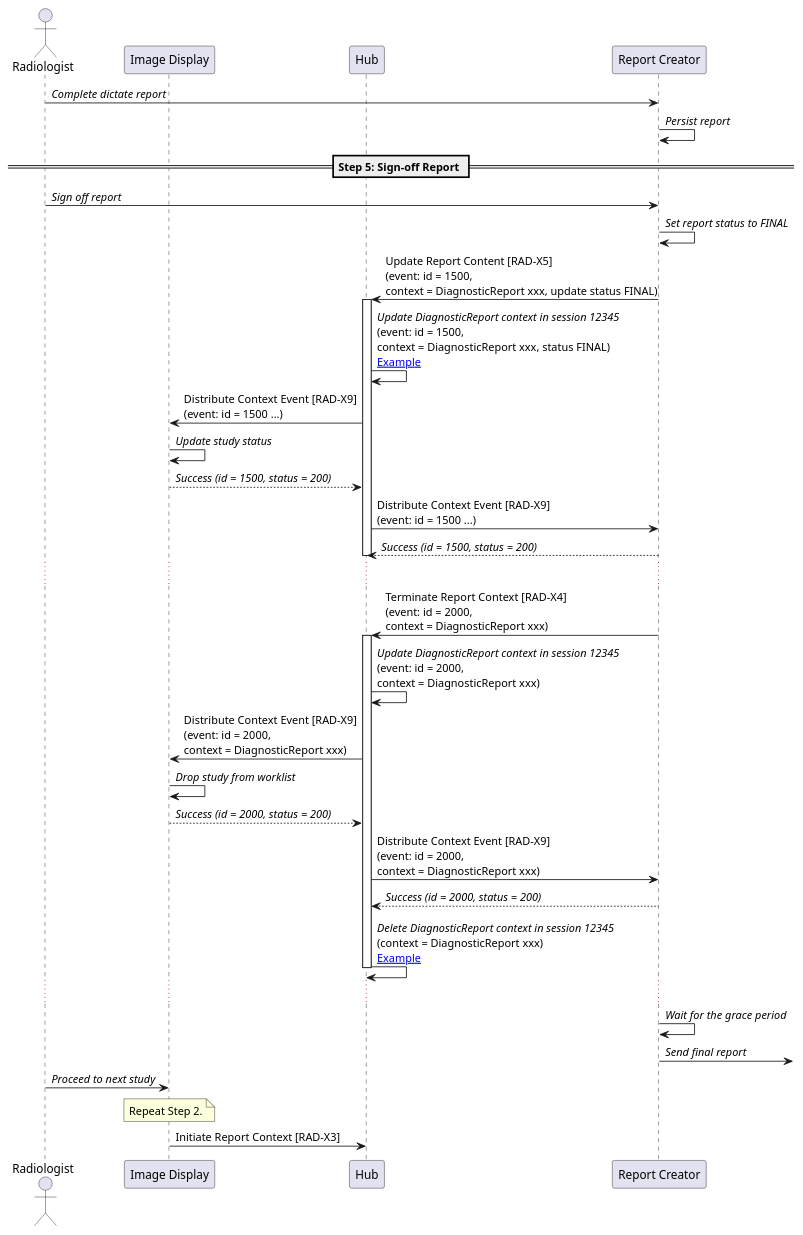
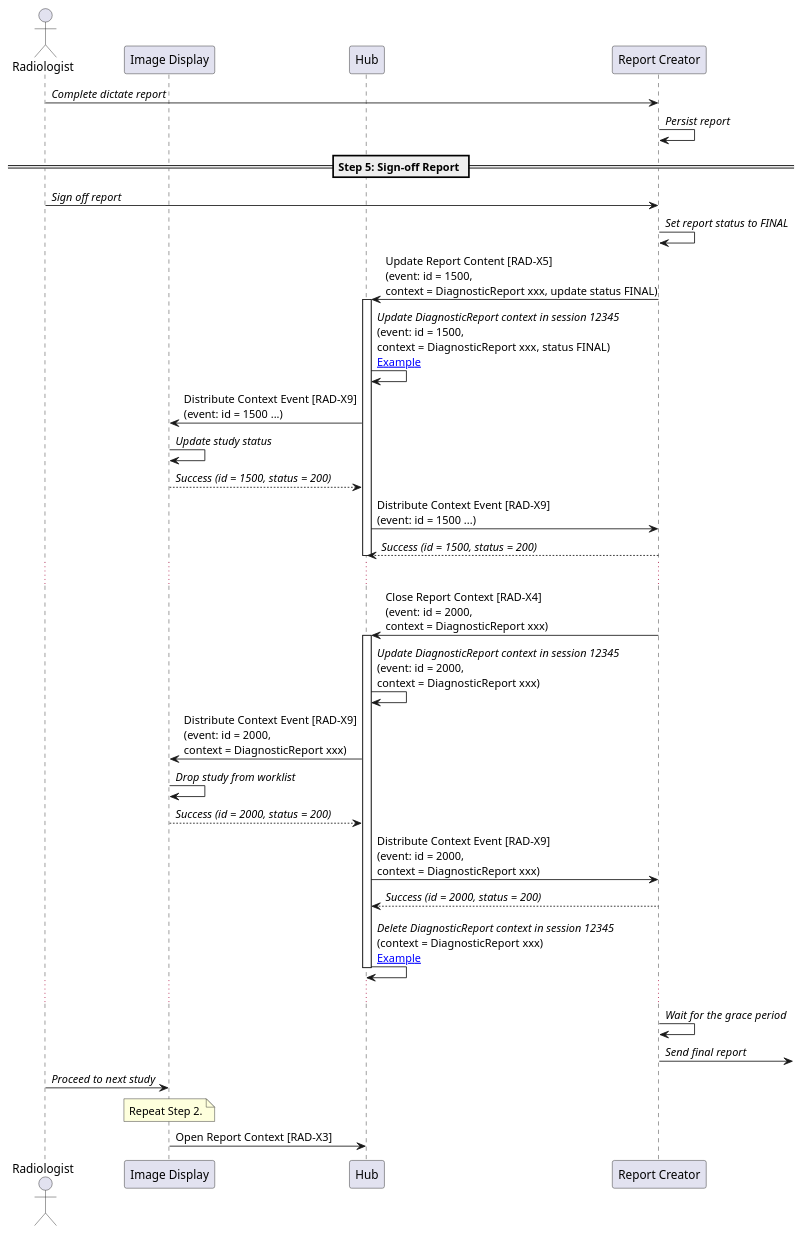
The diagram in input/images-source/step5-signoff-report.plantuml (IHE/RAD.IRA), drawn with PlantUML before and after one commit. The commit also changed 11 other files, not shown here.

Commit message:
Changed X3 and X4 to Open and Close Report Context.

```diff
--- a/input/images-source/step5-signoff-report.plantuml
+++ b/input/images-source/step5-signoff-report.plantuml
@@ -1,55 +1,55 @@
 @startuml
 
 actor Radiologist as User
 participant "Image Display" as PACS
 participant "Hub" as Hub
 participant "Report Creator" as Report
 
 User->Report: //Complete dictate report//
 Report->Report: //Persist report//
 
 == Step 5: Sign-off Report ==
 
 User->Report: //Sign off report//
 Report->Report: //Set report status to FINAL//
 
 Report->Hub: Update Report Content [RAD-X5]\n(event: id = 1500,\ncontext = DiagnosticReport xxx, update status FINAL)
 activate Hub
 
 Hub->Hub: //Update DiagnosticReport context in session 12345//\n(event: id = 1500,\ncontext = DiagnosticReport xxx, status FINAL)\n[[update_report_status.html#available-context-and-content-in-hub Example]]
 
 Hub->PACS: Distribute Context Event [RAD-X9]\n(event: id = 1500 ...)
 PACS->PACS: //Update study status//
 PACS-->Hub: //Success (id = 1500, status = 200)//
 Hub->Report: Distribute Context Event [RAD-X9]\n(event: id = 1500 ...)
 Report-->Hub: //Success (id = 1500, status = 200)//
 deactivate Hub
 
 ...
 
-Report->Hub: Terminate Report Context [RAD-X4]\n(event: id = 2000,\ncontext = DiagnosticReport xxx)
+Report->Hub: Close Report Context [RAD-X4]\n(event: id = 2000,\ncontext = DiagnosticReport xxx)
 activate Hub
 
 Hub->Hub: //Update DiagnosticReport context in session 12345//\n(event: id = 2000,\ncontext = DiagnosticReport xxx)
 
 Hub->PACS: Distribute Context Event [RAD-X9]\n(event: id = 2000,\ncontext = DiagnosticReport xxx)
 PACS->PACS: //Drop study from worklist//
 PACS-->Hub: //Success (id = 2000, status = 200)//
 Hub->Report: Distribute Context Event [RAD-X9]\n(event: id = 2000,\ncontext = DiagnosticReport xxx)
 Report-->Hub: //Success (id = 2000, status = 200)//
 
 Hub->Hub: //Delete DiagnosticReport context in session 12345//\n(context = DiagnosticReport xxx)\n[[close_study_after_signoff.html#available-context-and-content-in-hub Example]]
 deactivate Hub
 
 ...
 Report->Report: //Wait for the grace period//
 Report->: //Send final report//
 
 User->PACS: //Proceed to next study//
 
 note over PACS
 Repeat Step 2.
 end note
-PACS->Hub: Initiate Report Context [RAD-X3]
+PACS->Hub: Open Report Context [RAD-X3]
 
 @enduml
```
